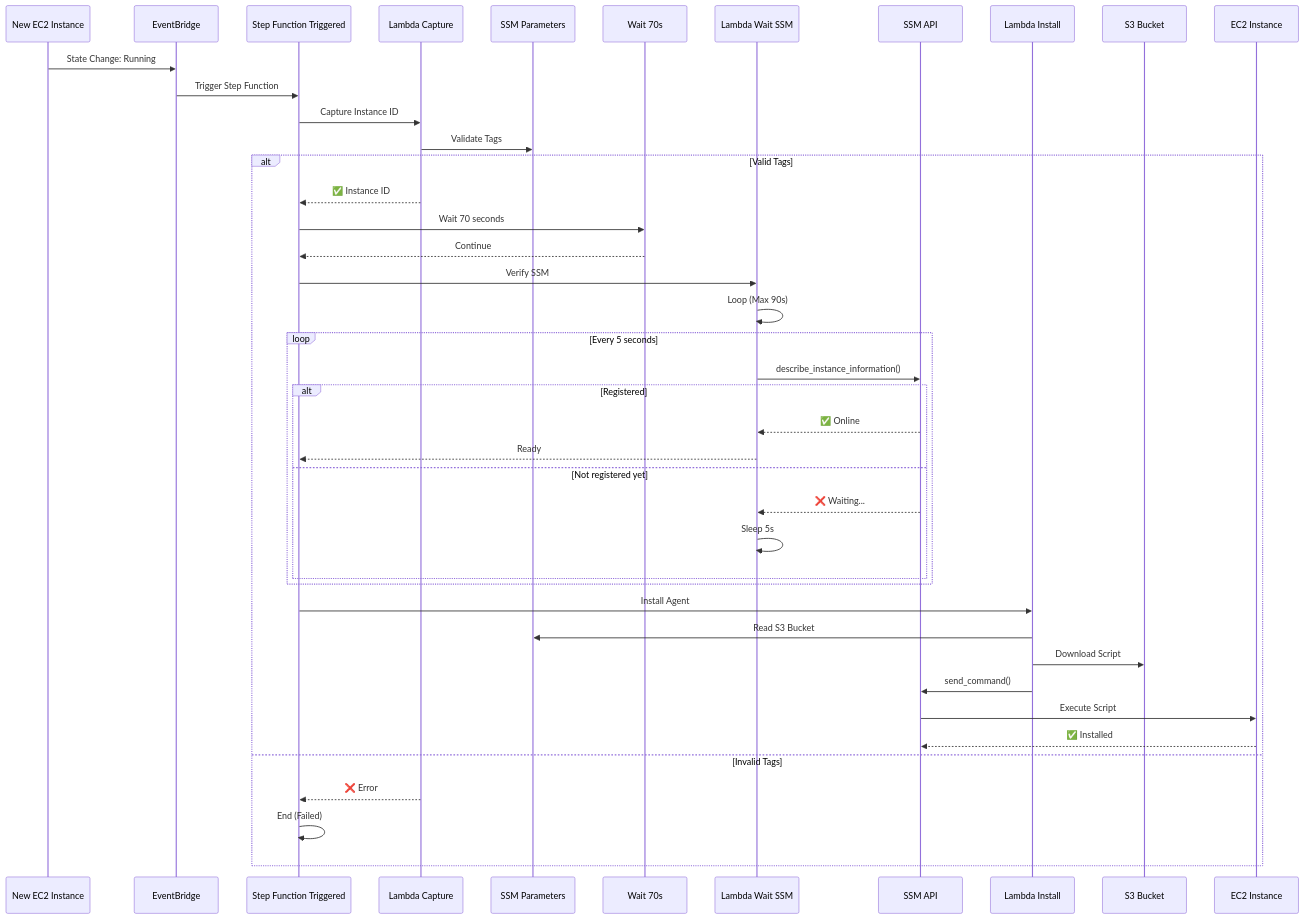
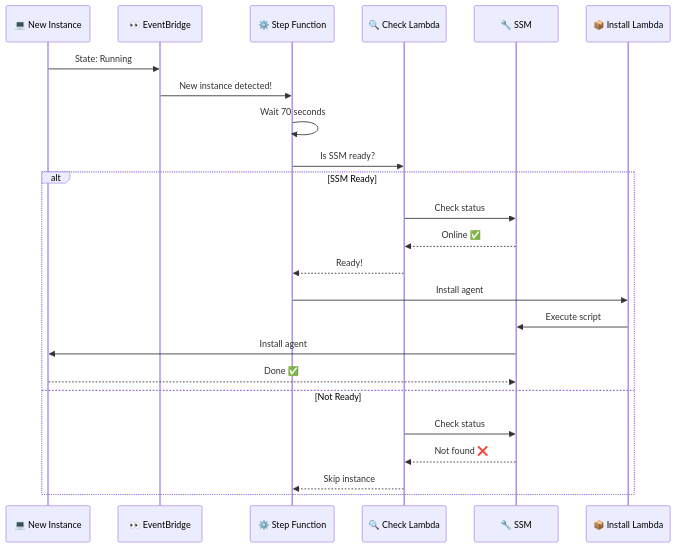
One commit to alejogaci/AWS_WS_Automate changed the fifth of 8 diagrams in ARCHITECTURE.md. Above: the diagram before and after it, drawn with Mermaid. The commit also changed other lines of this file, not shown here.

````diff
--- a/ARCHITECTURE.md
+++ b/ARCHITECTURE.md
@@ -131,45 +93,28 @@
 ```mermaid
 sequenceDiagram
-    participant EC2 as New EC2 Instance
-    participant EB as EventBridge
-    participant SF as Step Function Triggered
-    participant LC as Lambda Capture
-    participant SSM_P as SSM Parameters
-    participant W as Wait 70s
-    participant LW as Lambda Wait SSM
-    participant SSM_A as SSM API
-    participant LI as Lambda Install
-    participant S3 as S3 Bucket
-    participant Inst as EC2 Instance
+    participant EC2 as 💻 New Instance
+    participant EB as 👀 EventBridge
+    participant SF as ⚙️ Step Function
+    participant Check as 🔍 Check Lambda
+    participant SSM as 🔧 SSM
+    participant Install as 📦 Install Lambda
 
-    EC2->>EB: State Change: Running
-    EB->>SF: Trigger Step Function
-    SF->>LC: Capture Instance ID
-    LC->>SSM_P: Validate Tags
-    alt Valid Tags
-        LC-->>SF: ✅ Instance ID
-        SF->>W: Wait 70 seconds
-        W-->>SF: Continue
-        SF->>LW: Verify SSM
-        LW->>LW: Loop (Max 90s)
-        loop Every 5 seconds
-            LW->>SSM_A: describe_instance_information()
-            alt Registered
-                SSM_A-->>LW: ✅ Online
-                LW-->>SF: Ready
-            else Not registered yet
-                SSM_A-->>LW: ❌ Waiting...
-                LW->>LW: Sleep 5s
-            end
-        end
-        SF->>LI: Install Agent
-        LI->>SSM_P: Read S3 Bucket
-        LI->>S3: Download Script
-        LI->>SSM_A: send_command()
-        SSM_A->>Inst: Execute Script
-        Inst-->>SSM_A: ✅ Installed
-    else Invalid Tags
-        LC-->>SF: ❌ Error
-        SF->>SF: End (Failed)
+    EC2->>EB: State: Running
+    EB->>SF: New instance detected!
+    SF->>SF: Wait 70 seconds
+    SF->>Check: Is SSM ready?
+    
+    alt SSM Ready
+        Check->>SSM: Check status
+        SSM-->>Check: Online ✅
+        Check-->>SF: Ready!
+        SF->>Install: Install agent
+        Install->>SSM: Execute script
+        SSM->>EC2: Install agent
+        EC2-->>SSM: Done ✅
+    else Not Ready
+        Check->>SSM: Check status
+        SSM-->>Check: Not found ❌
+        Check-->>SF: Skip instance
     end
 ```
````
